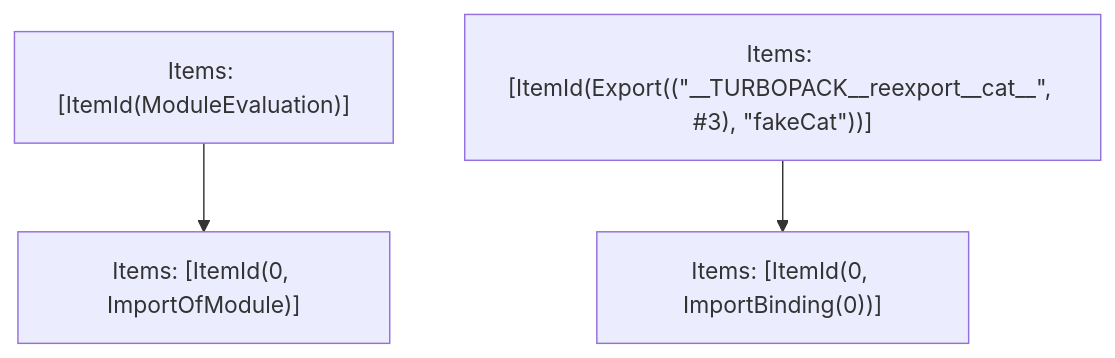
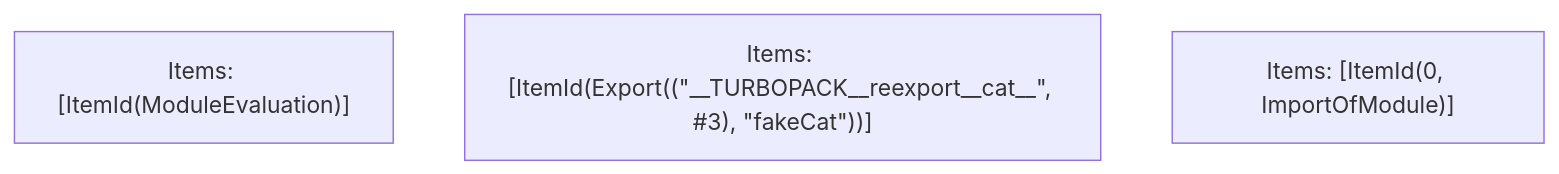
One commit to Sonar-UX-Testing-FreePlan/next.js changed the fifth of 5 diagrams in turbopack/crates/turbopack-ecmascript/tests/tree-shaker/analyzer/export-named/output.md. Above: the diagram before and after it, drawn with Mermaid. The commit also changed other lines of this file and 38 other files, not shown here.

````diff
--- a/turbopack/crates/turbopack-ecmascript/tests/tree-shaker/analyzer/export-named/output.md
+++ b/turbopack/crates/turbopack-ecmascript/tests/tree-shaker/analyzer/export-named/output.md
@@ -70,9 +70,6 @@
 ```mermaid
 graph TD
     N0["Items: [ItemId(ModuleEvaluation)]"];
     N1["Items: [ItemId(Export((&quot;__TURBOPACK__reexport__cat__&quot;, #3), &quot;fakeCat&quot;))]"];
     N2["Items: [ItemId(0, ImportOfModule)]"];
-    N3["Items: [ItemId(0, ImportBinding(0))]"];
-    N1 --> N3;
-    N0 --> N2;
 ```
````
